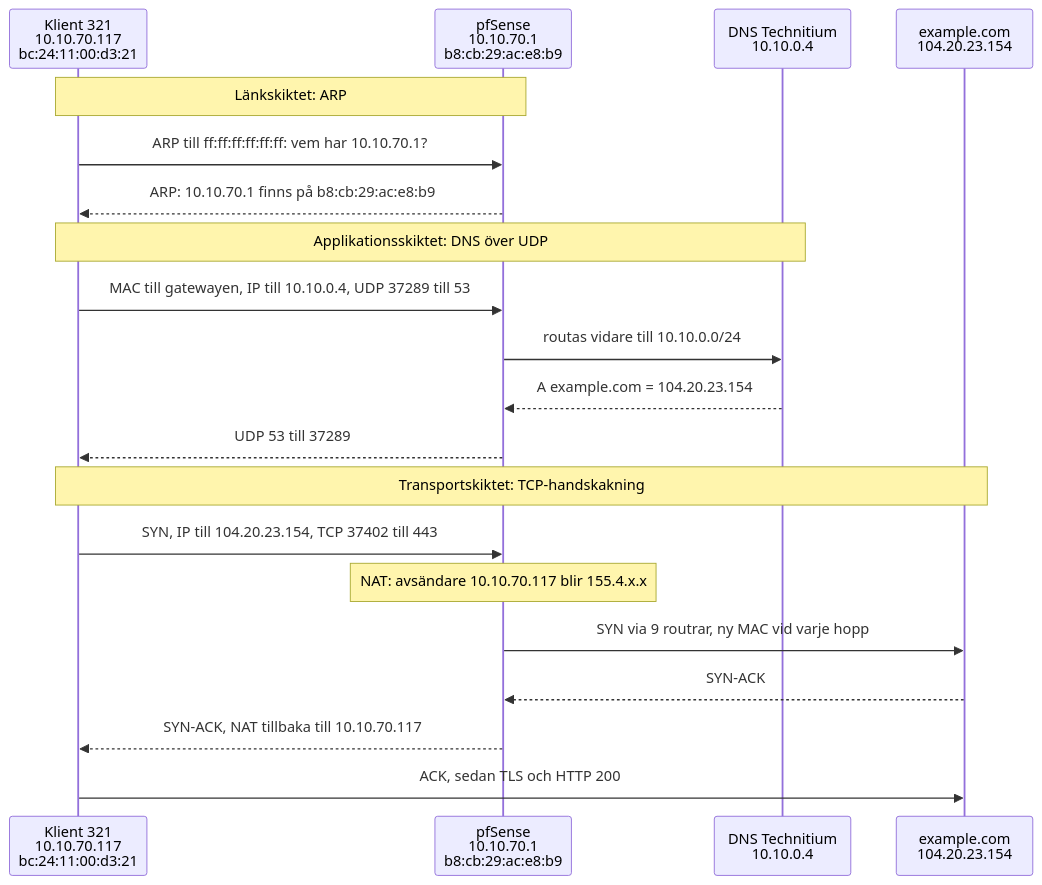
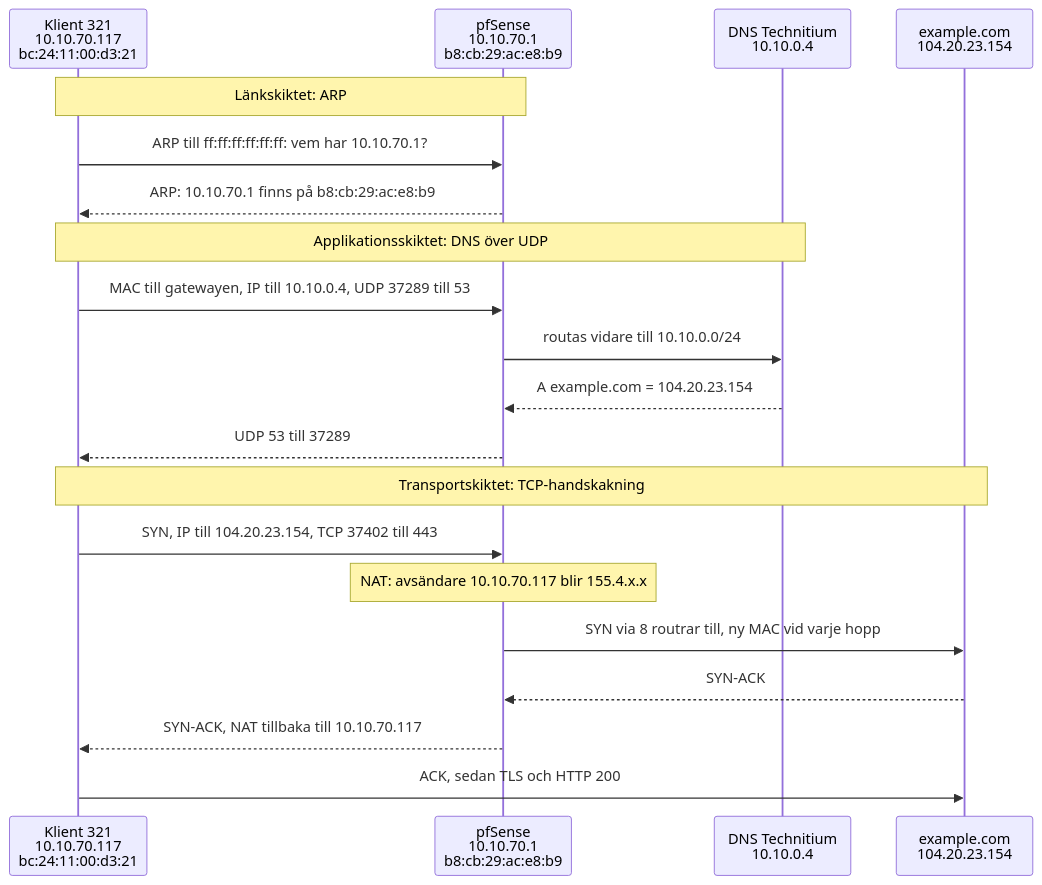
Before and after one commit to Labontese/ISCX26-fordjupning: the diagram in dokumentation/forklaring/trafikflode.md, drawn with Mermaid. The commit also changed other lines of this file and 4 other files, not shown here.

````diff
--- a/dokumentation/forklaring/trafikflode.md
+++ b/dokumentation/forklaring/trafikflode.md
@@ -27,25 +27,25 @@
 ```mermaid
 sequenceDiagram
     participant K as Klient 321<br/>10.10.70.117<br/>bc:24:11:00:d3:21
     participant G as pfSense<br/>10.10.70.1<br/>b8:cb:29:ac:e8:b9
     participant D as DNS Technitium<br/>10.10.0.4
     participant W as example.com<br/>104.20.23.154
 
     Note over K,G: Länkskiktet: ARP
     K->>G: ARP till ff:ff:ff:ff:ff:ff: vem har 10.10.70.1?
     G-->>K: ARP: 10.10.70.1 finns på b8:cb:29:ac:e8:b9
 
     Note over K,D: Applikationsskiktet: DNS över UDP
     K->>G: MAC till gatewayen, IP till 10.10.0.4, UDP 37289 till 53
     G->>D: routas vidare till 10.10.0.0/24
     D-->>G: A example.com = 104.20.23.154
     G-->>K: UDP 53 till 37289
 
     Note over K,W: Transportskiktet: TCP-handskakning
     K->>G: SYN, IP till 104.20.23.154, TCP 37402 till 443
     Note over G: NAT: avsändare 10.10.70.117 blir 155.4.x.x
-    G->>W: SYN via 9 routrar, ny MAC vid varje hopp
+    G->>W: SYN via 8 routrar till, ny MAC vid varje hopp
     W-->>G: SYN-ACK
     G-->>K: SYN-ACK, NAT tillbaka till 10.10.70.117
     K->>W: ACK, sedan TLS och HTTP 200
 ```
````
